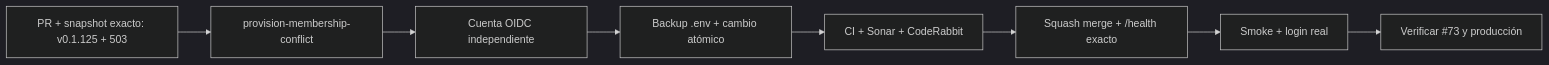
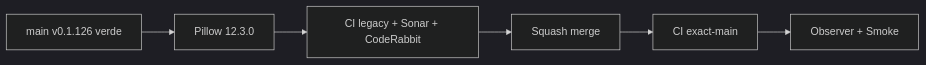
The diagram in README.md (pl0n3r/GrindFlow), drawn with Mermaid (dark theme) before and after one commit. The commit also changed other lines of this file and 2 other files, not shown here.

Commit message:
seguridad(workers): actualizar Pillow a 12.3.0 (v0.1.127)

````diff
--- a/README.md
+++ b/README.md
@@ -47,10 +46,8 @@
 ```mermaid
 flowchart LR
- A["PR + snapshot exacto: v0.1.125 + 503"] --> B["provision-membership-conflict"]
- B --> C["Cuenta OIDC independiente"]
- C --> D["Backup .env + cambio atómico"]
- D --> M["CI + Sonar + CodeRabbit"]
- M --> X["Squash merge + /health exacto"]
- X --> S["Smoke + login real"]
- S --> G["Verificar #73 y producción"]
+ A["main v0.1.126 verde"] --> B["Pillow 12.3.0"]
+ B --> C["CI legacy + Sonar + CodeRabbit"]
+ C --> M["Squash merge"]
+ M --> X["CI exact-main"]
+ X --> S["Observer + Smoke"]
 ```
````
